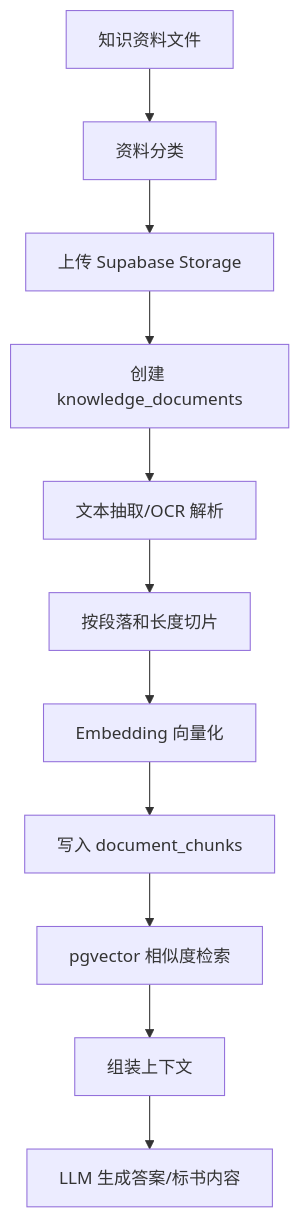
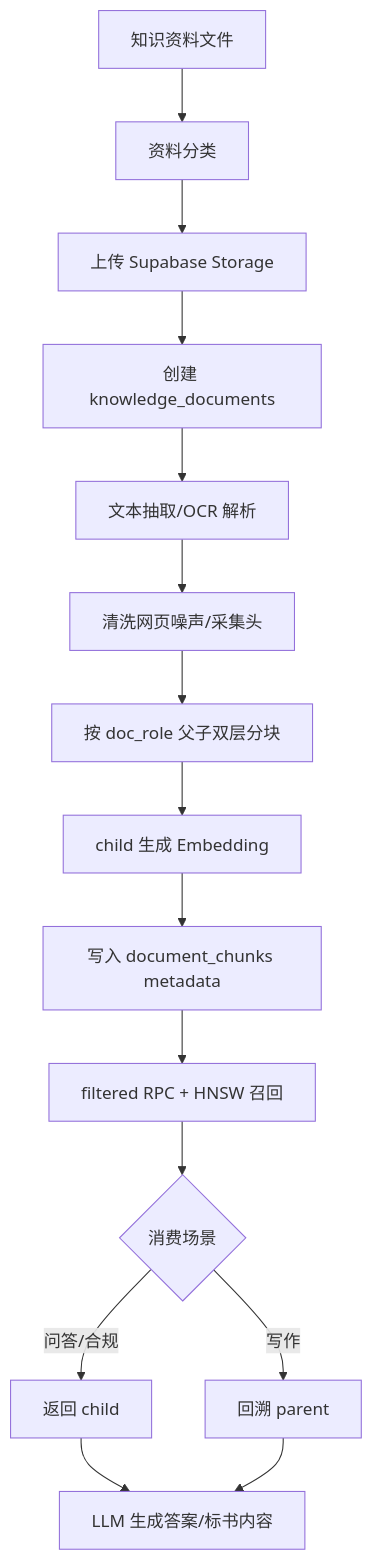
The diagram in docs/features/rag-knowledge-base.md (sunShineLoveMe/ai_bidding_power_grid), drawn with Mermaid before and after one commit. The commit also changed other lines of this file and 9 other files, not shown here.

````diff
--- a/docs/features/rag-knowledge-base.md
+++ b/docs/features/rag-knowledge-base.md
@@ -93,13 +93,17 @@
 ```mermaid
 flowchart TD
     A[知识资料文件] --> B[资料分类]
     B --> C[上传 Supabase Storage]
     C --> D[创建 knowledge_documents]
     D --> E[文本抽取/OCR 解析]
-    E --> F[按段落和长度切片]
-    F --> G[Embedding 向量化]
-    G --> H[写入 document_chunks]
-    H --> I[pgvector 相似度检索]
-    I --> J[组装上下文]
-    J --> K[LLM 生成答案/标书内容]
+    E --> F[清洗网页噪声/采集头]
+    F --> G[按 doc_role 父子双层分块]
+    G --> H[child 生成 Embedding]
+    H --> I[写入 document_chunks metadata]
+    I --> J[filtered RPC + HNSW 召回]
+    J --> K{消费场景}
+    K -->|问答/合规| L[返回 child]
+    K -->|写作| M[回溯 parent]
+    L --> N[LLM 生成答案/标书内容]
+    M --> N
 ```
````
